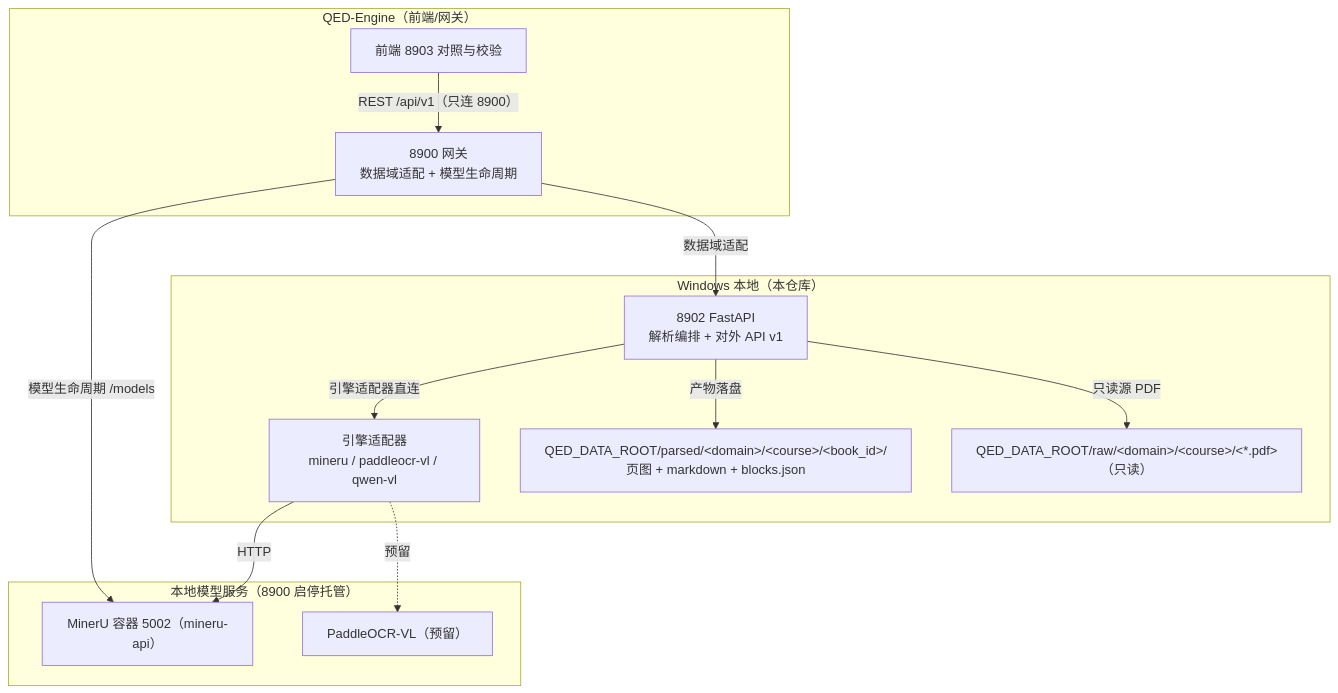
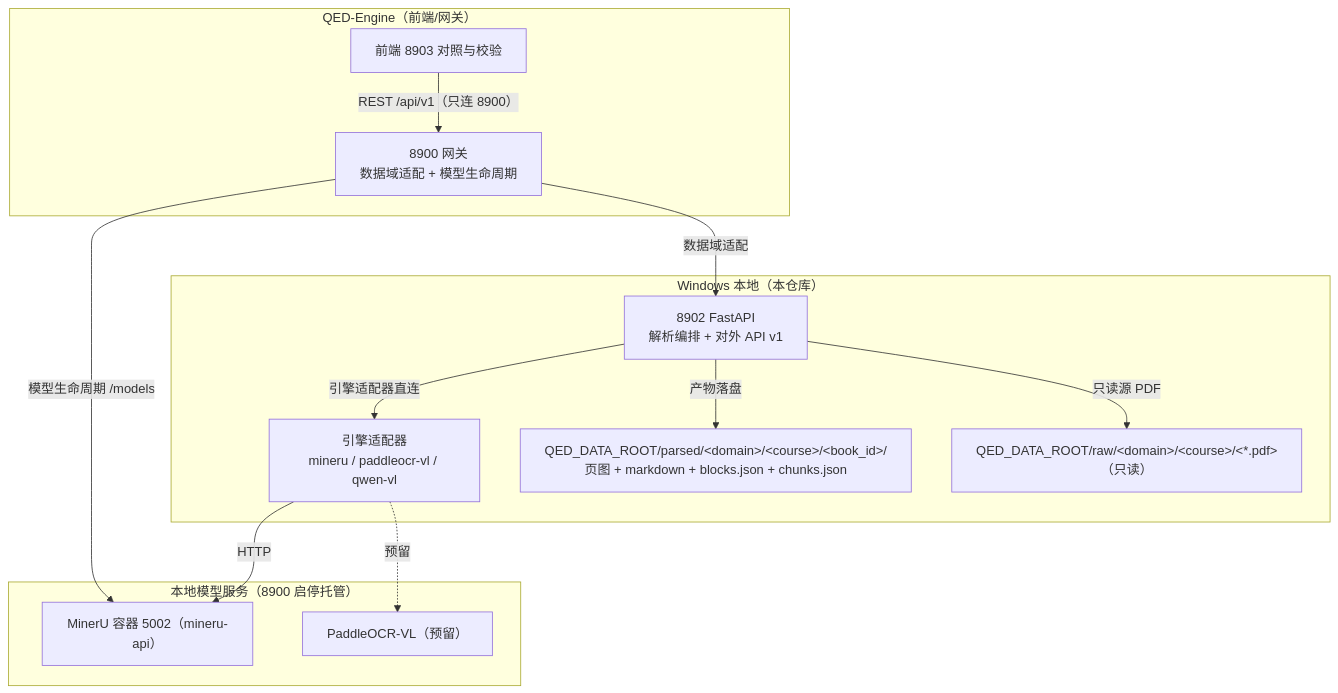
One commit to swfswf1234/Axiom-Flow changed the diagram in docs/architecture/overview.md. Above: the diagram before and after it, drawn with Mermaid. The commit also changed other lines of this file and 15 other files, not shown here.

````diff
--- a/docs/architecture/overview.md
+++ b/docs/architecture/overview.md
@@ -21,26 +21,26 @@
 ```mermaid
 flowchart TB
     subgraph QED["QED-Engine（前端/网关）"]
         UI["前端 8903 对照与校验"]
         GW["8900 网关<br/>数据域适配 + 模型生命周期"]
     end
     subgraph WIN["Windows 本地（本仓库）"]
         API["8902 FastAPI<br/>解析编排 + 对外 API v1"]
         ENG["引擎适配器<br/>mineru / paddleocr-vl / qwen-vl"]
-        DATA["QED_DATA_ROOT/parsed/&lt;domain&gt;/&lt;course&gt;/&lt;book_id&gt;/<br/>页图 + markdown + blocks.json"]
+        DATA["QED_DATA_ROOT/parsed/&lt;domain&gt;/&lt;course&gt;/&lt;book_id&gt;/<br/>页图 + markdown + blocks.json + chunks.json"]
         RAW["QED_DATA_ROOT/raw/&lt;domain&gt;/&lt;course&gt;/&lt;*.pdf&gt;（只读）"]
     end
     subgraph MODELS["本地模型服务（8900 启停托管）"]
         MA["MinerU 容器 5002（mineru-api）"]
         PV["PaddleOCR-VL（预留）"]
     end
 
     UI -->|"REST /api/v1（只连 8900）"| GW
     GW -->|"数据域适配"| API
     GW -->|"模型生命周期 /models"| MA
     API -->|"引擎适配器直连"| ENG
     ENG -->|"HTTP"| MA
     ENG -.->|"预留"| PV
     API -->|"只读源 PDF"| RAW
     API -->|"产物落盘"| DATA
 ```
````
